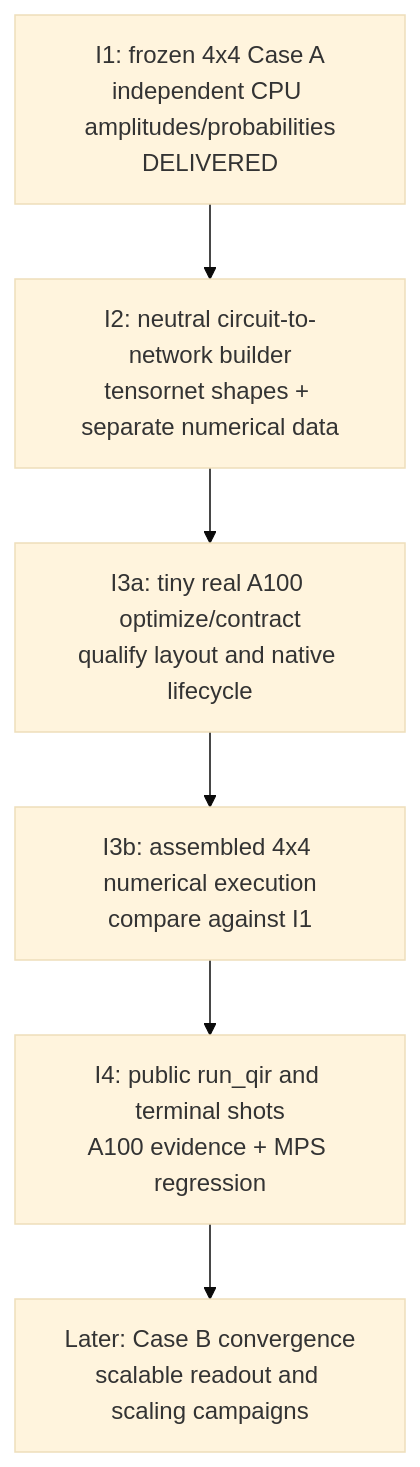
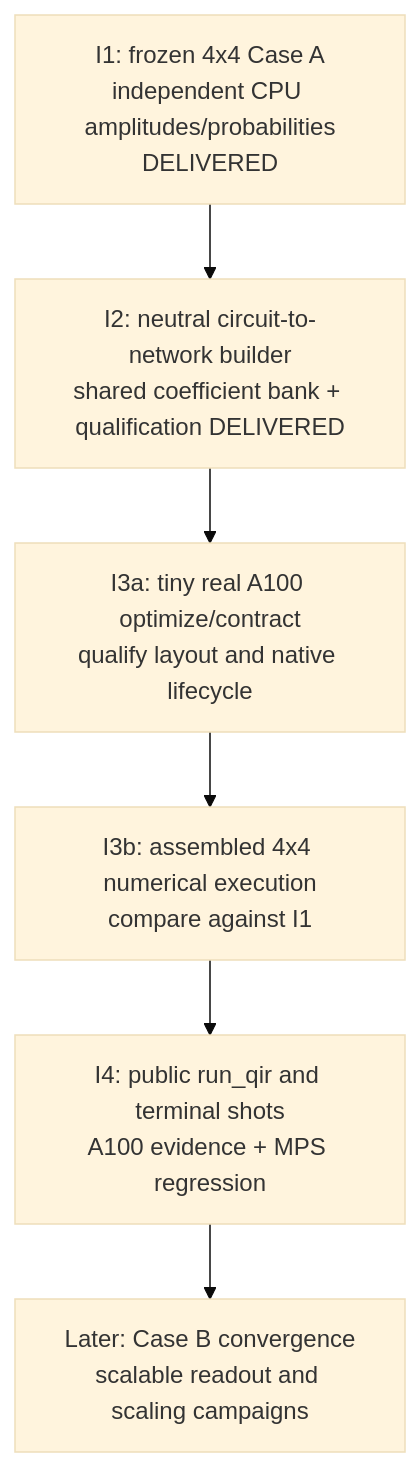
The second of 2 diagrams in samples/python_interop/ising2d_tensor_network_demo/Ising2D.md (microsoft/qdk), drawn with Mermaid (base theme) before and after one commit. The commit also changed other lines of this file and 11 other files, not shown here.

First line of the commit message:
[SIMULATORS] Build neutral tensor networks with shared coefficients

````diff
--- a/samples/python_interop/ising2d_tensor_network_demo/Ising2D.md
+++ b/samples/python_interop/ising2d_tensor_network_demo/Ising2D.md
@@ -303,9 +400,9 @@
 ```mermaid
 flowchart TB
     Input["I1: frozen 4x4 Case A<br/>independent CPU amplitudes/probabilities<br/>DELIVERED"] --> Graph
-    Graph["I2: neutral circuit-to-network builder<br/>tensornet shapes + separate numerical data"] --> Tiny
+    Graph["I2: neutral circuit-to-network builder<br/>shared coefficient bank + qualification DELIVERED"] --> Tiny
     Tiny["I3a: tiny real A100 optimize/contract<br/>qualify layout and native lifecycle"] --> Full
     Full["I3b: assembled 4x4 numerical execution<br/>compare against I1"] --> Wire
     Wire["I4: public run_qir and terminal shots<br/>A100 evidence + MPS regression"] --> Later
     Later["Later: Case B convergence<br/>scalable readout and scaling campaigns"]
 ```
````
